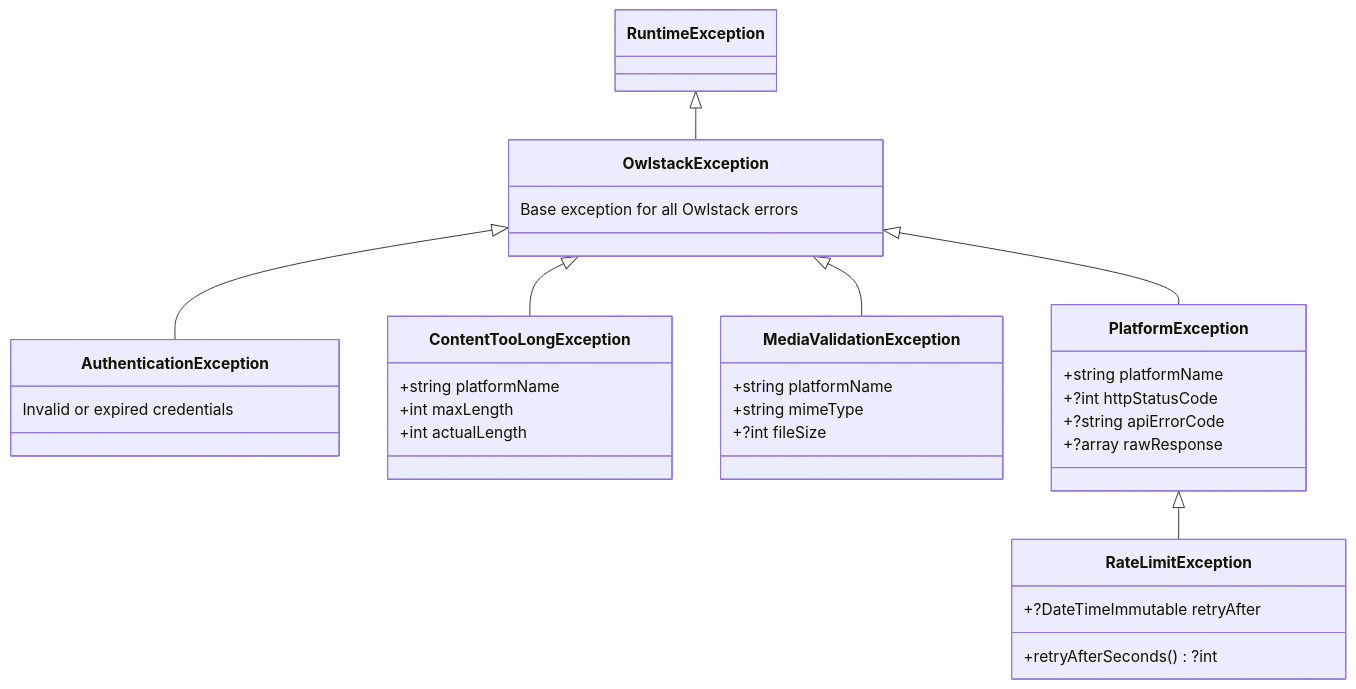
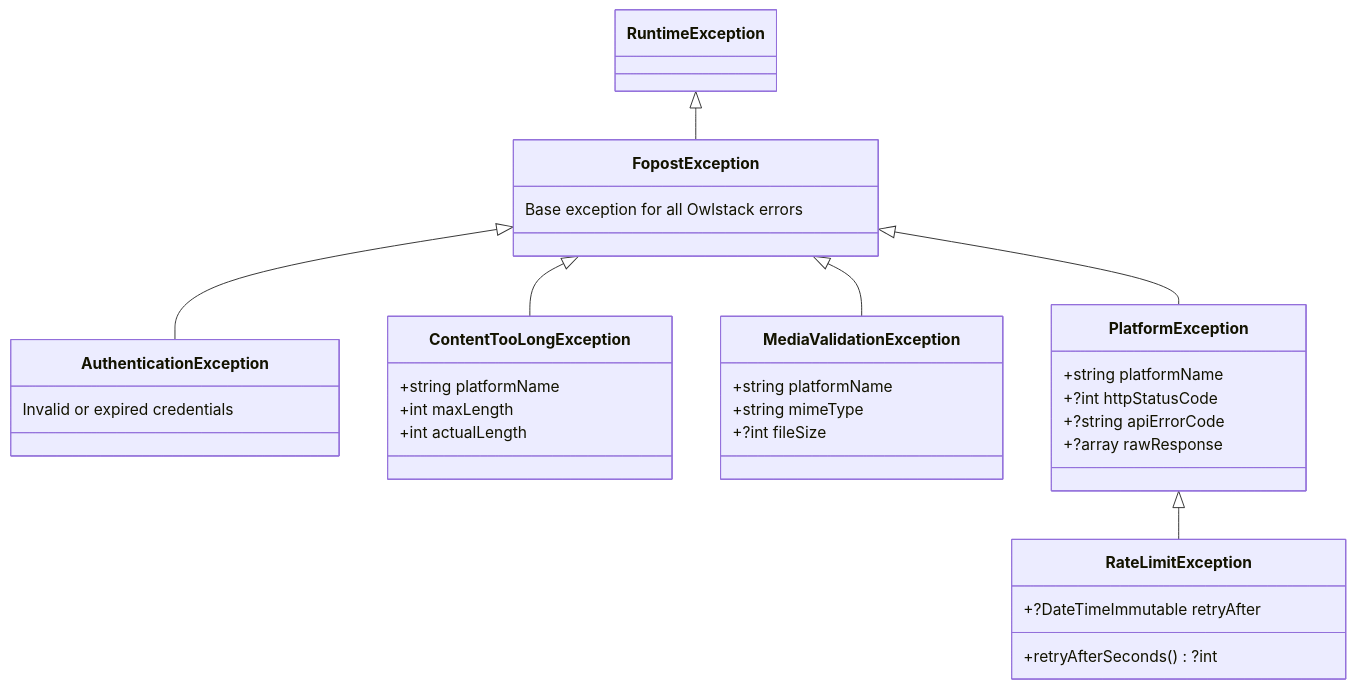
The sixth of 6 diagrams in README.md (fopost/fopost-social-core), drawn with Mermaid before and after one commit. The commit also changed other lines of this file and 20 other files, not shown here.

Commit message:
refactor: rename OwlstackConfig and OwlstackException to FopostConfig and FopostException

````diff
--- a/README.md
+++ b/README.md
@@ -732,36 +732,36 @@
 ```mermaid
 classDiagram
-    RuntimeException <|-- OwlstackException
-    OwlstackException <|-- AuthenticationException
-    OwlstackException <|-- ContentTooLongException
-    OwlstackException <|-- MediaValidationException
-    OwlstackException <|-- PlatformException
+    RuntimeException <|-- FopostException
+    FopostException <|-- AuthenticationException
+    FopostException <|-- ContentTooLongException
+    FopostException <|-- MediaValidationException
+    FopostException <|-- PlatformException
     PlatformException <|-- RateLimitException
 
-    class OwlstackException {
+    class FopostException {
         Base exception for all Owlstack errors
     }
     class AuthenticationException {
         Invalid or expired credentials
     }
     class ContentTooLongException {
         +string platformName
         +int maxLength
         +int actualLength
     }
     class MediaValidationException {
         +string platformName
         +string mimeType
         +?int fileSize
     }
     class PlatformException {
         +string platformName
         +?int httpStatusCode
         +?string apiErrorCode
         +?array rawResponse
     }
     class RateLimitException {
         +?DateTimeImmutable retryAfter
         +retryAfterSeconds() ?int
     }
 ```
````
